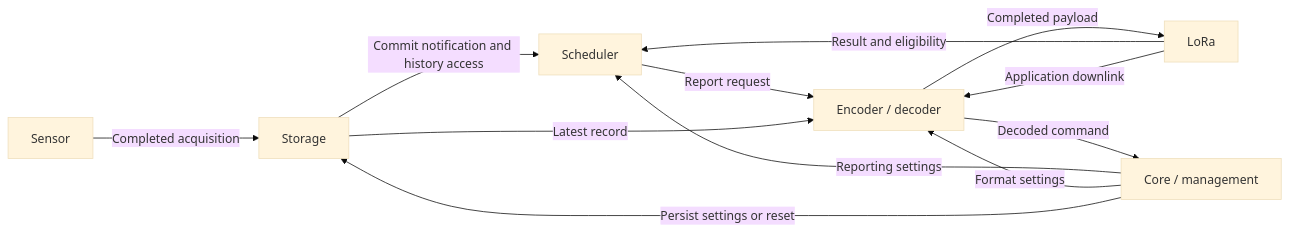
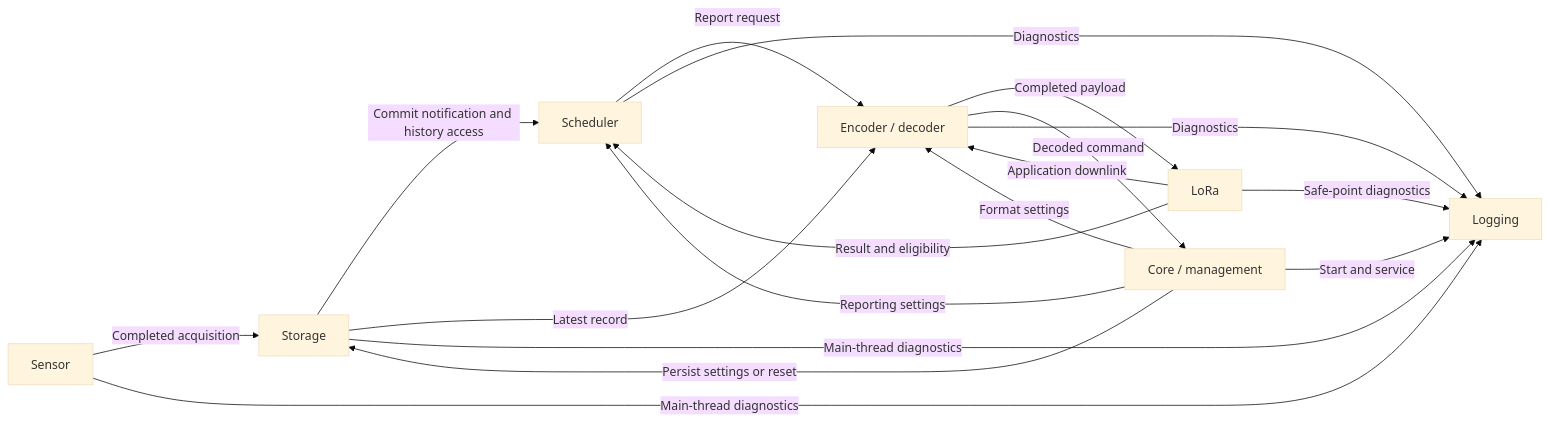
Before and after one commit to dstrifler/Obedient-Monitoring-Thermistor: the diagram in SOFTWARE_DESIGN.md, drawn with Mermaid (base theme). The commit also changed other lines of this file, not shown here.

Commit message:
Define seven services, one source pair per service, and shared common contracts

````diff
--- a/SOFTWARE_DESIGN.md
+++ b/SOFTWARE_DESIGN.md
@@ -79,14 +114,20 @@
 ```mermaid
 flowchart LR
     Sensor -->|Completed acquisition| Storage
     Storage -->|Commit notification and history access| Scheduler
     Scheduler -->|Report request| Codec[Encoder / decoder]
     Storage -->|Latest record| Codec
     Core[Core / management] -->|Reporting settings| Scheduler
     Core -->|Format settings| Codec
     Codec -->|Completed payload| LoRa
     LoRa -->|Result and eligibility| Scheduler
     LoRa -->|Application downlink| Codec
     Codec -->|Decoded command| Core
     Core -->|Persist settings or reset| Storage
+    Core -->|Start and service| Logging
+    Sensor -->|Main-thread diagnostics| Logging
+    Storage -->|Main-thread diagnostics| Logging
+    Scheduler -->|Diagnostics| Logging
+    Codec -->|Diagnostics| Logging
+    LoRa -->|Safe-point diagnostics| Logging
 ```
````
